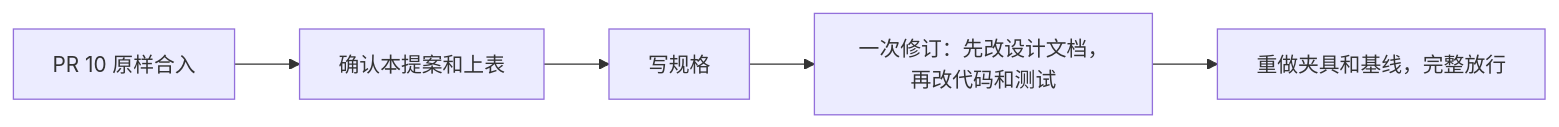
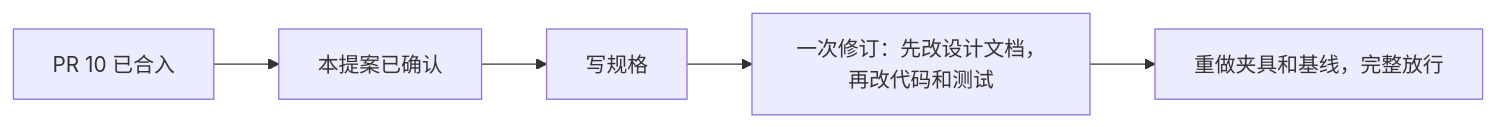
One commit to HoldThatThgt/WorldMock changed the seventh of 7 diagrams in docs/dev/environment-contract-revision/PROPOSAL-environment-contract-revision.md. Above: the diagram before and after it, drawn with Mermaid. The commit also changed other lines of this file, not shown here.

````diff
--- a/docs/dev/environment-contract-revision/PROPOSAL-environment-contract-revision.md
+++ b/docs/dev/environment-contract-revision/PROPOSAL-environment-contract-revision.md
@@ -1129,7 +1129,7 @@
 ```mermaid
 flowchart LR
-    A[PR 10 原样合入] --> B[确认本提案和上表]
+    A[PR 10 已合入] --> B[本提案已确认]
     B --> C[写规格]
     C --> D[一次修订：先改设计文档，再改代码和测试]
     D --> E[重做夹具和基线，完整放行]
 ```
````
